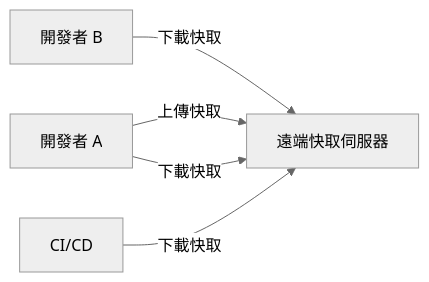
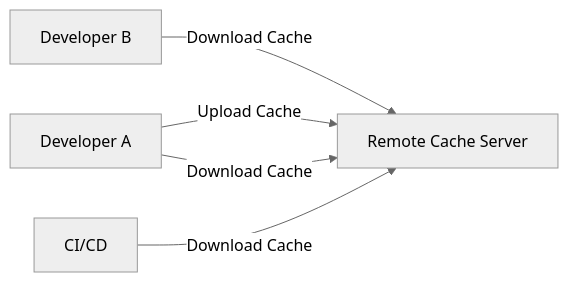
One commit to BardKidd/EasyAccounting changed the second of 5 diagrams in turborepo-guide.md. Above: the diagram before and after it, drawn with Mermaid (neutral theme). The commit also changed other lines of this file and 15 other files, not shown here.

````diff
--- a/turborepo-guide.md
+++ b/turborepo-guide.md
@@ -141,7 +141,7 @@
 ```mermaid
 flowchart LR
-    A[開發者 A] -->|上傳快取| C[遠端快取伺服器]
-    B[開發者 B] -->|下載快取| C
-    D[CI/CD] -->|下載快取| C
-    A -->|下載快取| C
+    A[Developer A] -->|Upload Cache| C[Remote Cache Server]
+    B[Developer B] -->|Download Cache| C
+    D[CI/CD] -->|Download Cache| C
+    A -->|Download Cache| C
 ```
````
